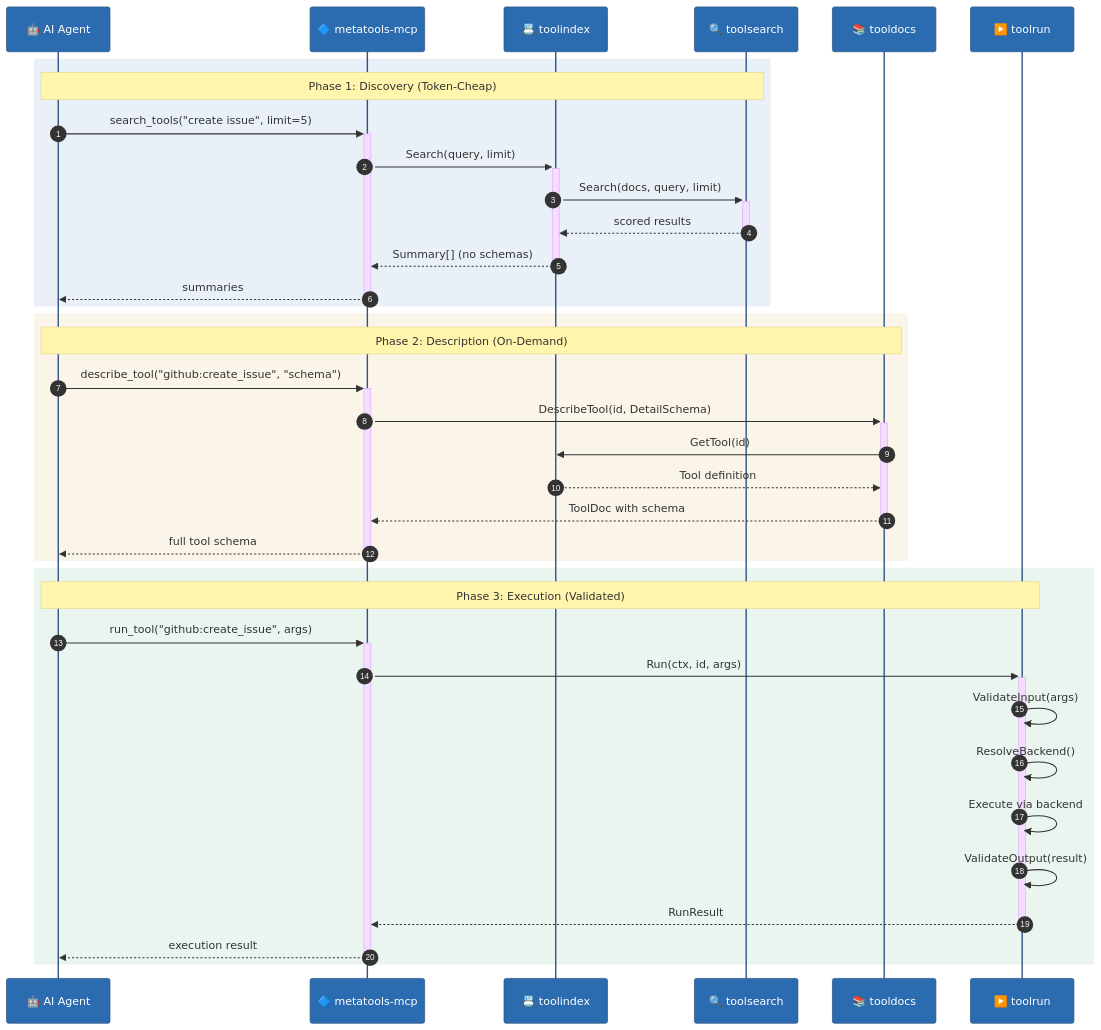
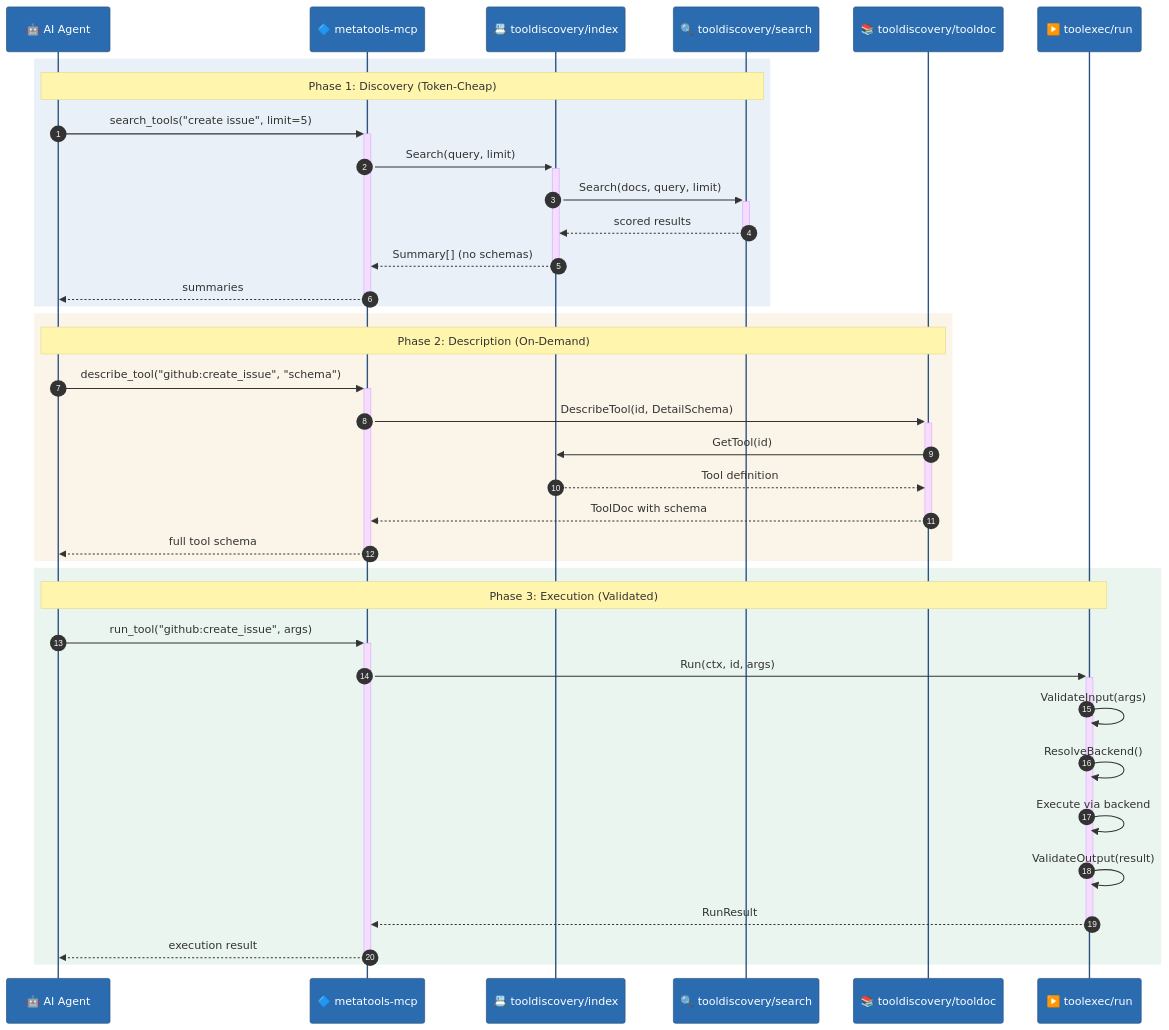
Before and after one commit to jonwraymond/ai-tools-stack: the third of 7 diagrams in docs/architecture/overview.md, drawn with Mermaid. The commit also changed other lines of this file and 30 other files, not shown here.

````diff
--- a/docs/architecture/overview.md
+++ b/docs/architecture/overview.md
@@ -140,44 +121,44 @@
 ```mermaid
 %%{init: {'theme': 'base', 'themeVariables': {'actorBkg': '#2b6cb0', 'actorTextColor': '#fff', 'actorBorder': '#2c5282'}}}%%
 sequenceDiagram
     autonumber
 
     participant Agent as 🤖 AI Agent
     participant MCP as 🔷 metatools-mcp
-    participant Index as 📇 toolindex
-    participant Search as 🔍 toolsearch
-    participant Docs as 📚 tooldocs
-    participant Run as ▶️ toolrun
+    participant Index as 📇 tooldiscovery/index
+    participant Search as 🔍 tooldiscovery/search
+    participant Docs as 📚 tooldiscovery/tooldoc
+    participant Run as ▶️ toolexec/run
 
     rect rgb(43, 108, 176, 0.1)
         Note over Agent,Search: Phase 1: Discovery (Token-Cheap)
         Agent->>+MCP: search_tools("create issue", limit=5)
         MCP->>+Index: Search(query, limit)
         Index->>+Search: Search(docs, query, limit)
         Search-->>-Index: scored results
         Index-->>-MCP: Summary[] (no schemas)
         MCP-->>-Agent: summaries
     end
 
     rect rgb(214, 158, 46, 0.1)
         Note over Agent,Docs: Phase 2: Description (On-Demand)
         Agent->>+MCP: describe_tool("github:create_issue", "schema")
         MCP->>+Docs: DescribeTool(id, DetailSchema)
         Docs->>Index: GetTool(id)
         Index-->>Docs: Tool definition
         Docs-->>-MCP: ToolDoc with schema
         MCP-->>-Agent: full tool schema
     end
 
     rect rgb(56, 161, 105, 0.1)
         Note over Agent,Run: Phase 3: Execution (Validated)
         Agent->>+MCP: run_tool("github:create_issue", args)
         MCP->>+Run: Run(ctx, id, args)
         Run->>Run: ValidateInput(args)
         Run->>Run: ResolveBackend()
         Run->>Run: Execute via backend
         Run->>Run: ValidateOutput(result)
         Run-->>-MCP: RunResult
         MCP-->>-Agent: execution result
     end
 ```
````
